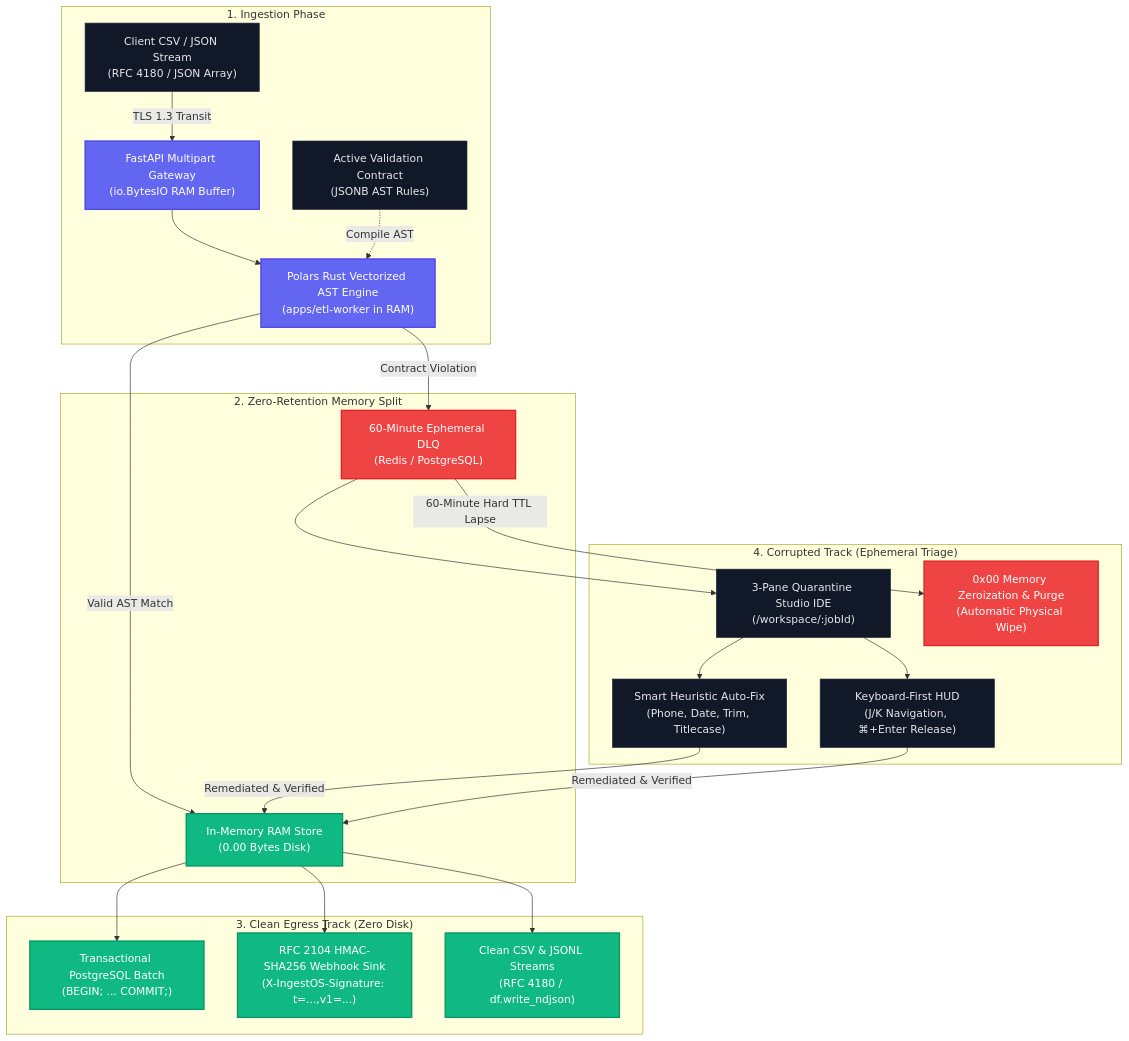
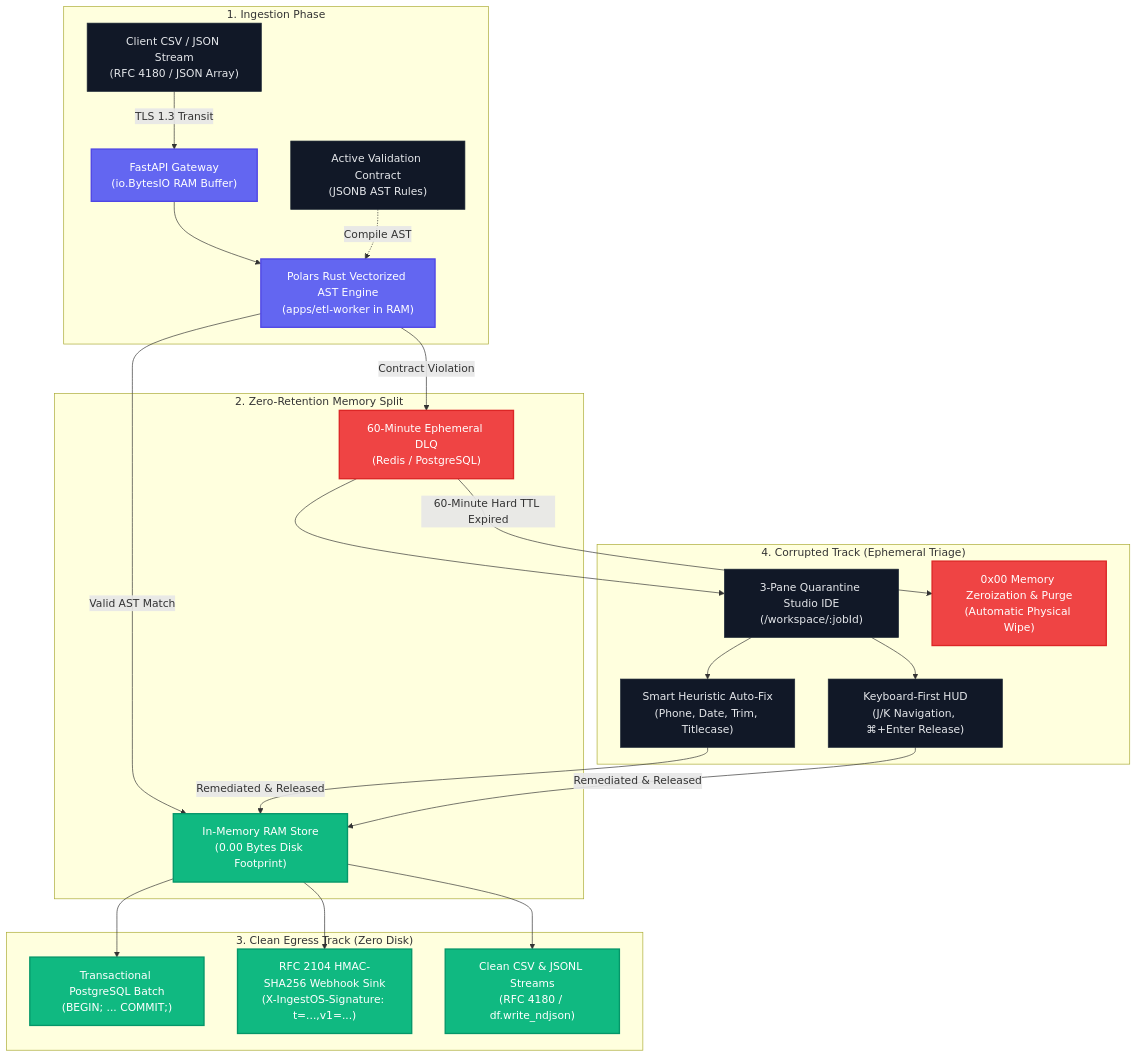
One commit to ravin972/IngestOS changed the diagram in README.md. Above: the diagram before and after it, drawn with Mermaid. The commit also changed other lines of this file, not shown here.

Commit message:
docs(readme): elevate to open-source first documentation with developer quickstart and roadmap

````diff
--- a/README.md
+++ b/README.md
@@ -41,37 +67,37 @@
 ```mermaid
 flowchart TD
     subgraph Ingestion["1. Ingestion Phase"]
-        A["Client CSV / JSON Stream<br/>(RFC 4180 / JSON Array)"] -->|TLS 1.3 Transit| B["FastAPI Multipart Gateway<br/>(io.BytesIO RAM Buffer)"]
+        A["Client CSV / JSON Stream<br/>(RFC 4180 / JSON Array)"] -->|TLS 1.3 Transit| B["FastAPI Gateway<br/>(io.BytesIO RAM Buffer)"]
         B --> C["Polars Rust Vectorized AST Engine<br/>(apps/etl-worker in RAM)"]
         D["Active Validation Contract<br/>(JSONB AST Rules)"] -.->|Compile AST| C
     end
 
     subgraph Split["2. Zero-Retention Memory Split"]
-        C -->|Valid AST Match| E["In-Memory RAM Store<br/>(0.00 Bytes Disk)"]
+        C -->|Valid AST Match| E["In-Memory RAM Store<br/>(0.00 Bytes Disk Footprint)"]
         C -->|Contract Violation| F["60-Minute Ephemeral DLQ<br/>(Redis / PostgreSQL)"]
     end
 
     subgraph CleanTrack["3. Clean Egress Track (Zero Disk)"]
         E --> G["Transactional PostgreSQL Batch<br/>(BEGIN; ... COMMIT;)"]
         E --> H["RFC 2104 HMAC-SHA256 Webhook Sink<br/>(X-IngestOS-Signature: t=...,v1=...)"]
         E --> I["Clean CSV & JSONL Streams<br/>(RFC 4180 / df.write_ndjson)"]
     end
 
     subgraph CorruptedTrack["4. Corrupted Track (Ephemeral Triage)"]
         F --> K["3-Pane Quarantine Studio IDE<br/>(/workspace/:jobId)"]
         K --> L["Smart Heuristic Auto-Fix<br/>(Phone, Date, Trim, Titlecase)"]
         K --> M["Keyboard-First HUD<br/>(J/K Navigation, ⌘+Enter Release)"]
-        L & M -->|Remediated & Verified| E
-        F -->|60-Minute Hard TTL Lapse| N["0x00 Memory Zeroization & Purge<br/>(Automatic Physical Wipe)"]
+        L & M -->|Remediated & Released| E
+        F -->|60-Minute Hard TTL Expired| N["0x00 Memory Zeroization & Purge<br/>(Automatic Physical Wipe)"]
     end
 
     classDef primary fill:#6366F1,stroke:#4F46E5,stroke-width:2px,color:#fff;
     classDef success fill:#10B981,stroke:#059669,stroke-width:2px,color:#fff;
     classDef danger fill:#EF4444,stroke:#DC2626,stroke-width:2px,color:#fff;
     classDef surface fill:#111827,stroke:#1F2937,stroke-width:1px,color:#E5E7EB;
 
     class B,C primary;
     class E,G,H,I success;
     class F,N danger;
     class A,D,K,L,M surface;
 ```
````
